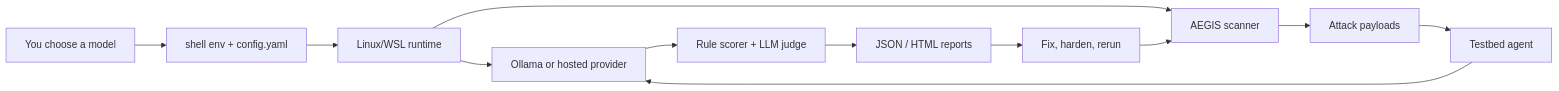
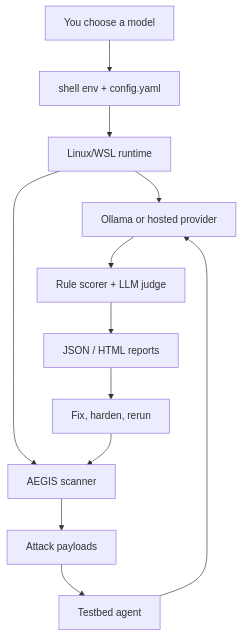
One commit to Kyoo032/AEGIS changed the diagram in README.md. Above: the diagram before and after it, drawn with Mermaid. The commit also changed other lines of this file and 2 other files, not shown here.

First line of the commit message:
docs: vertical README graph, first-run walkthrough, and OSS polish

````diff
--- a/README.md
+++ b/README.md
@@ -44,14 +44,14 @@
 ```mermaid
-flowchart LR
+flowchart TD
     U["You choose a model"] --> E["shell env + config.yaml"]
     E --> RW["Linux/WSL runtime"]
     RW --> O["Ollama or hosted provider"]
     RW --> A["AEGIS scanner"]
     A --> P["Attack payloads"]
     P --> T["Testbed agent"]
     T --> O
     O --> S["Rule scorer + LLM judge"]
     S --> RP["JSON / HTML reports"]
     RP --> N["Fix, harden, rerun"]
     N --> A
 ```
````
